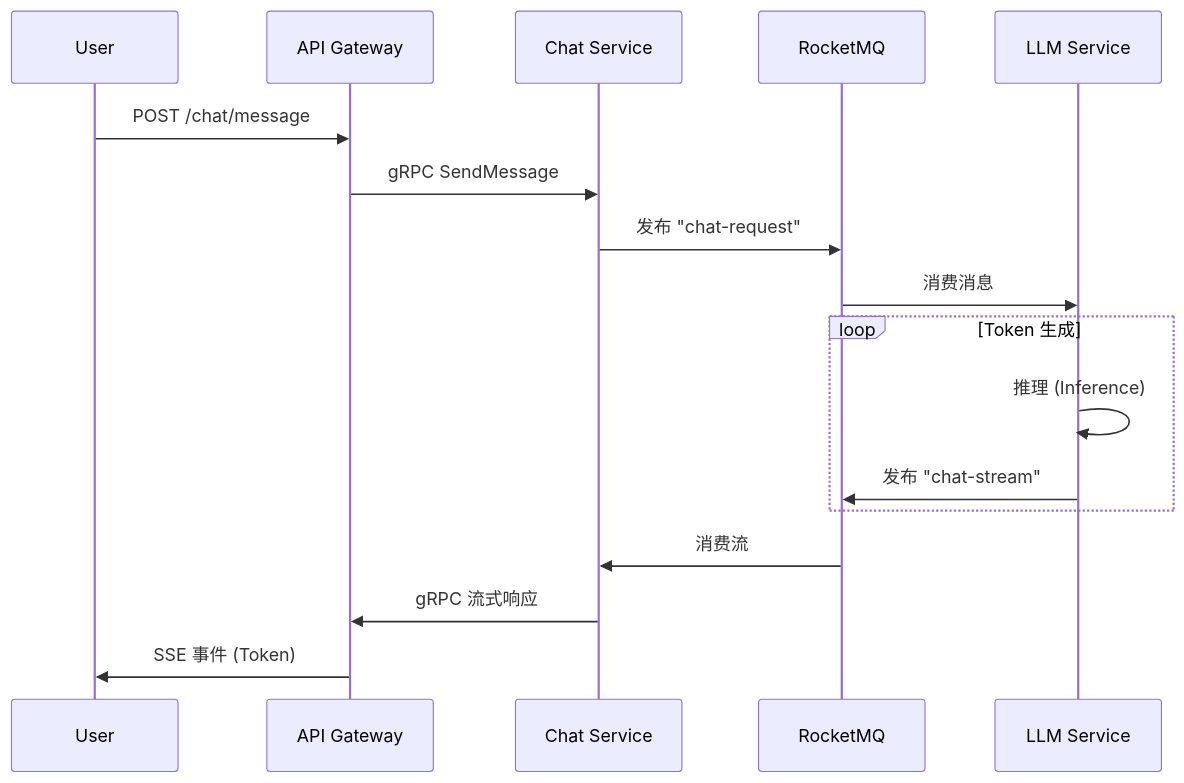
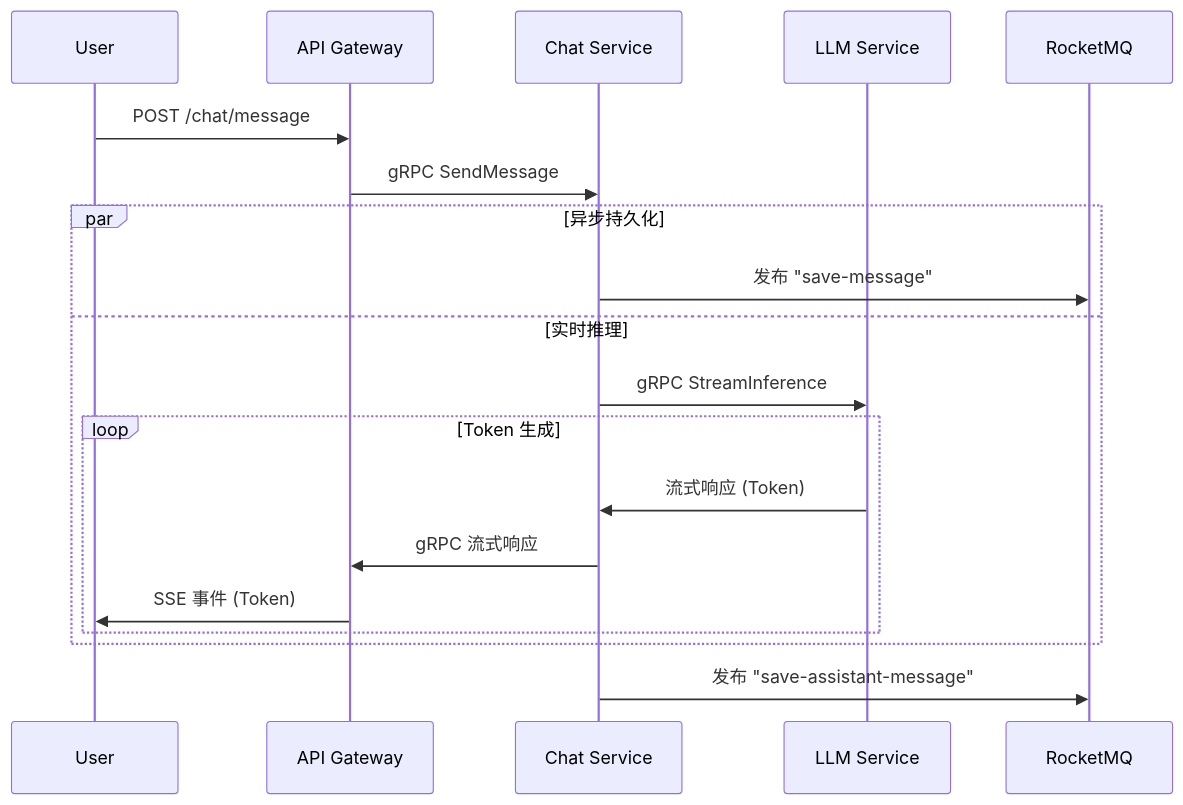
Before and after one commit to Einspanner123/free-chat: the second of 2 diagrams in README_CN.md, drawn with Mermaid. The commit also changed other lines of this file and 1 other file, not shown here.

Commit message:
Fix structures descriptions of README.md

````diff
--- a/README_CN.md
+++ b/README_CN.md
@@ -41,22 +40,27 @@
 ```mermaid
 sequenceDiagram
     participant U as User
     participant G as API Gateway
     participant C as Chat Service
+    participant L as LLM Service
     participant M as RocketMQ
-    participant L as LLM Service
     
     U->>G: POST /chat/message
     G->>C: gRPC SendMessage
-    C->>M: 发布 "chat-request"
-    M->>L: 消费消息
     
-    loop Token 生成
-        L->>L: 推理 (Inference)
-        L->>M: 发布 "chat-stream"
+    %% Async Persistence
+    par 异步持久化
+        C->>M: 发布 "save-message"
+    and 实时推理
+        C->>L: gRPC StreamInference
+        
+        loop Token 生成
+            L->>C: 流式响应 (Token)
+            C->>G: gRPC 流式响应
+            G->>U: SSE 事件 (Token)
+        end
     end
     
-    M->>C: 消费流
-    C->>G: gRPC 流式响应
-    G->>U: SSE 事件 (Token)
+    %% Final Save
+    C->>M: 发布 "save-assistant-message"
 ```
````
